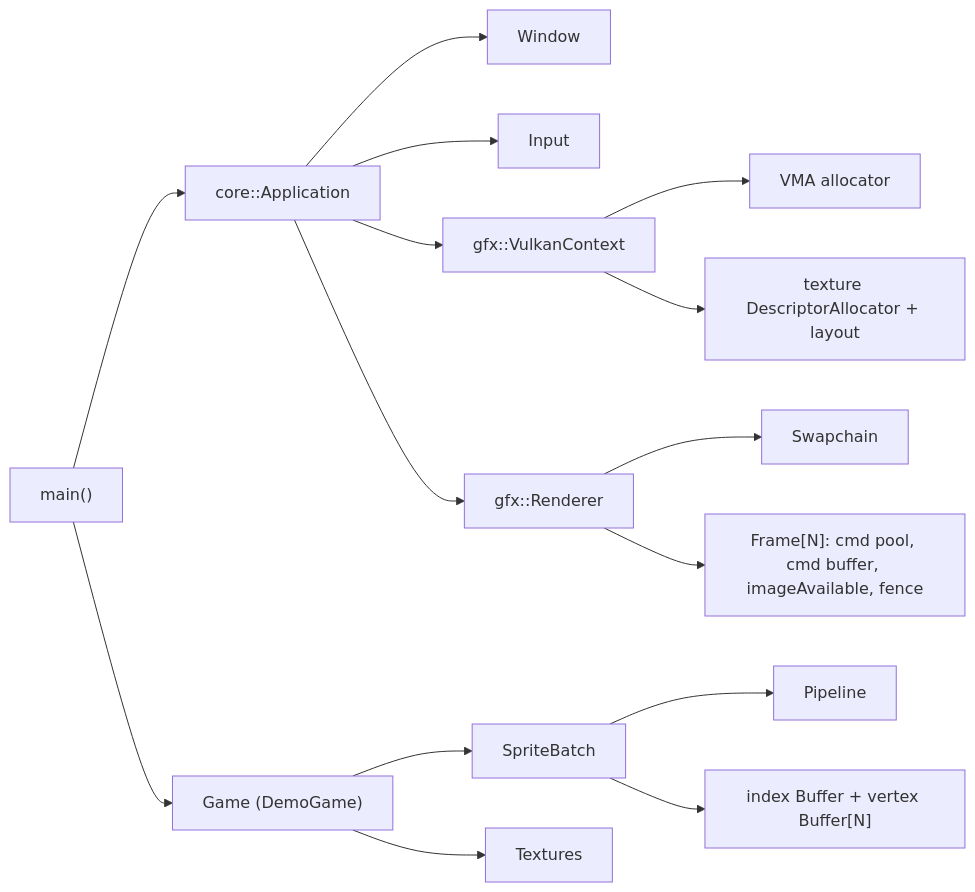
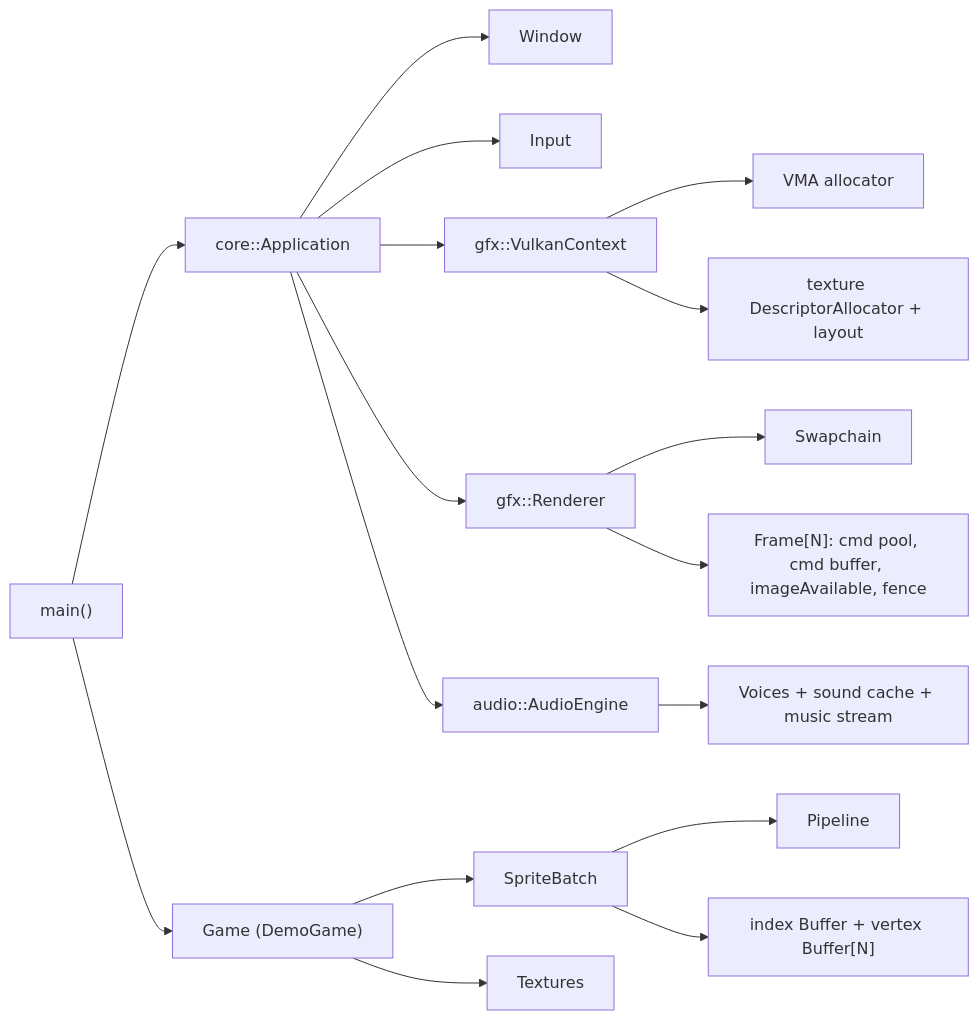
Before and after one commit to Chuck5ta/2DBaseFramework: the third of 8 diagrams in docs/ARCHITECTURE.md, drawn with Mermaid. The commit also changed other lines of this file and 14 other files, not shown here.

````diff
--- a/docs/ARCHITECTURE.md
+++ b/docs/ARCHITECTURE.md
@@ -222,17 +275,19 @@
 ```mermaid
 flowchart LR
     main["main()"] --> app["core::Application"]
     main --> g["Game (DemoGame)"]
     app --> win["Window"]
     app --> inp["Input"]
     app --> ctx["gfx::VulkanContext"]
     app --> ren["gfx::Renderer"]
+    app --> aud["audio::AudioEngine"]
+    aud --> voices["Voices + sound cache + music stream"]
     ren --> sc["Swapchain"]
     ren --> fr["Frame[N]: cmd pool, cmd buffer, imageAvailable, fence"]
     ctx --> vma["VMA allocator"]
     ctx --> tds["texture DescriptorAllocator + layout"]
     g --> sb["SpriteBatch"]
     g --> tex["Textures"]
     sb --> pipe["Pipeline"]
     sb --> bufs["index Buffer + vertex Buffer[N]"]
 ```
````
